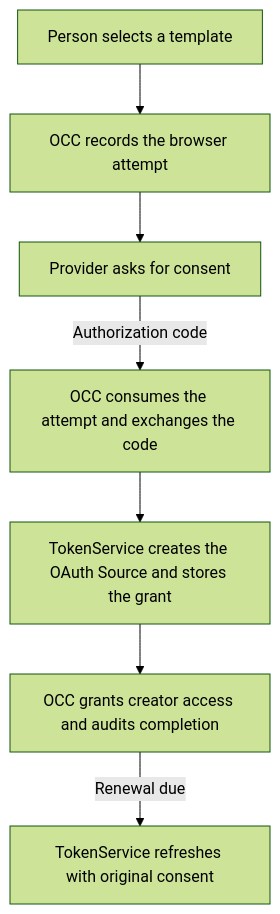
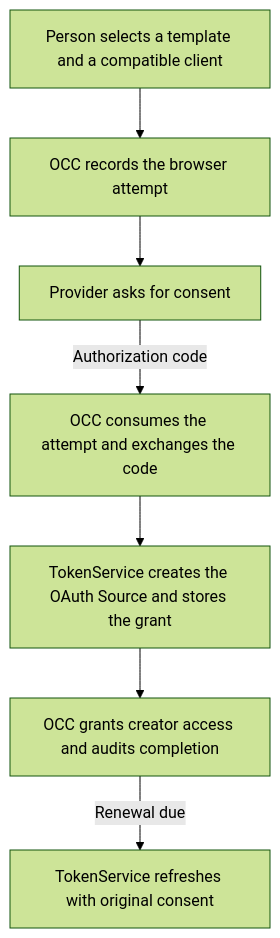
One commit to openclaw/openclaw-enterprise changed the second of 2 diagrams in docs/flows/connection-templates.md. Above: the diagram before and after it, drawn with Mermaid (forest theme). The commit also changed other lines of this file and 130 other files, not shown here.

````diff
--- a/docs/flows/connection-templates.md
+++ b/docs/flows/connection-templates.md
@@ -36,9 +36,9 @@
 ```mermaid
 graph TD
-  Start["Person selects a template"] --> Attempt["OCC records the browser attempt"]
+  Start["Person selects a template and a compatible client"] --> Attempt["OCC records the browser attempt"]
   Attempt --> Provider["Provider asks for consent"]
   Provider -->|Authorization code| Callback["OCC consumes the attempt and exchanges the code"]
   Callback --> Custody["TokenService creates the OAuth Source and stores the grant"]
   Custody --> IAM["OCC grants creator access and audits completion"]
   IAM -->|Renewal due| Renew["TokenService refreshes with original consent"]
 ```
````
